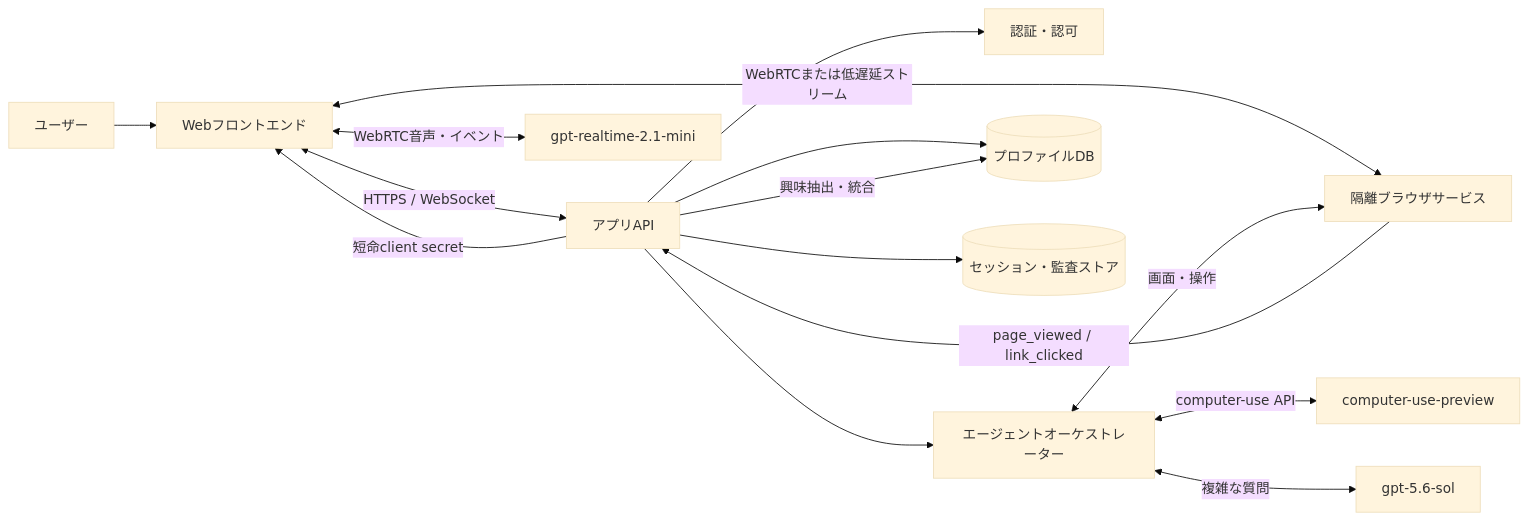
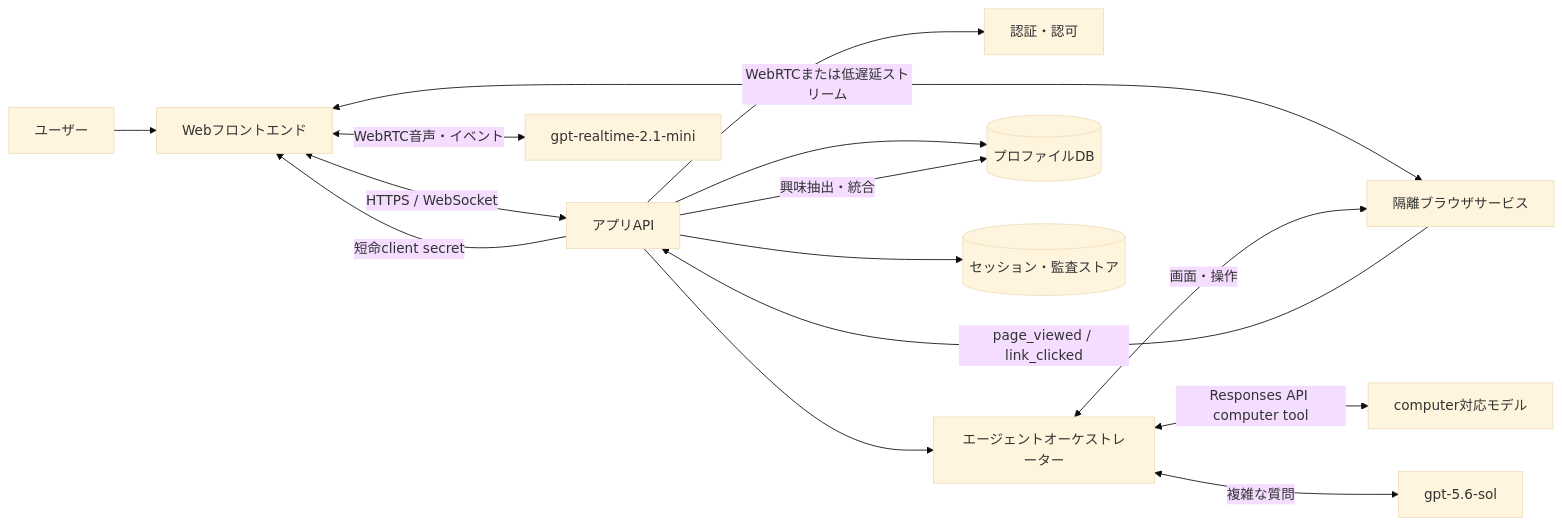
One commit to mskenichin/webpage-vision-agent changed the first of 2 diagrams in SPEC.md. Above: the diagram before and after it, drawn with Mermaid (base theme). The commit also changed other lines of this file and 26 other files, not shown here.

````diff
--- a/SPEC.md
+++ b/SPEC.md
@@ -264,17 +265,17 @@
 ```mermaid
 flowchart LR
     U[ユーザー] --> FE[Webフロントエンド]
     FE <-->|HTTPS / WebSocket| API[アプリAPI]
     FE <-->|WebRTCまたは低遅延ストリーム| BS[隔離ブラウザサービス]
     API --> AUTH[認証・認可]
     API --> ORCH[エージェントオーケストレーター]
     API --> PROFILE[(プロファイルDB)]
     API --> AUDIT[(セッション・監査ストア)]
     ORCH <-->|画面・操作| BS
-    ORCH <-->|computer-use API| CU[computer-use-preview]
+    ORCH <-->|Responses API computer tool| CU[computer対応モデル]
     ORCH <-->|複雑な質問| EXPERT[gpt-5.6-sol]
     API -->|短命client secret| FE
     FE <-->|WebRTC音声・イベント| RT[gpt-realtime-2.1-mini]
     BS -->|page_viewed / link_clicked| API
     API -->|興味抽出・統合| PROFILE
 ```
````
